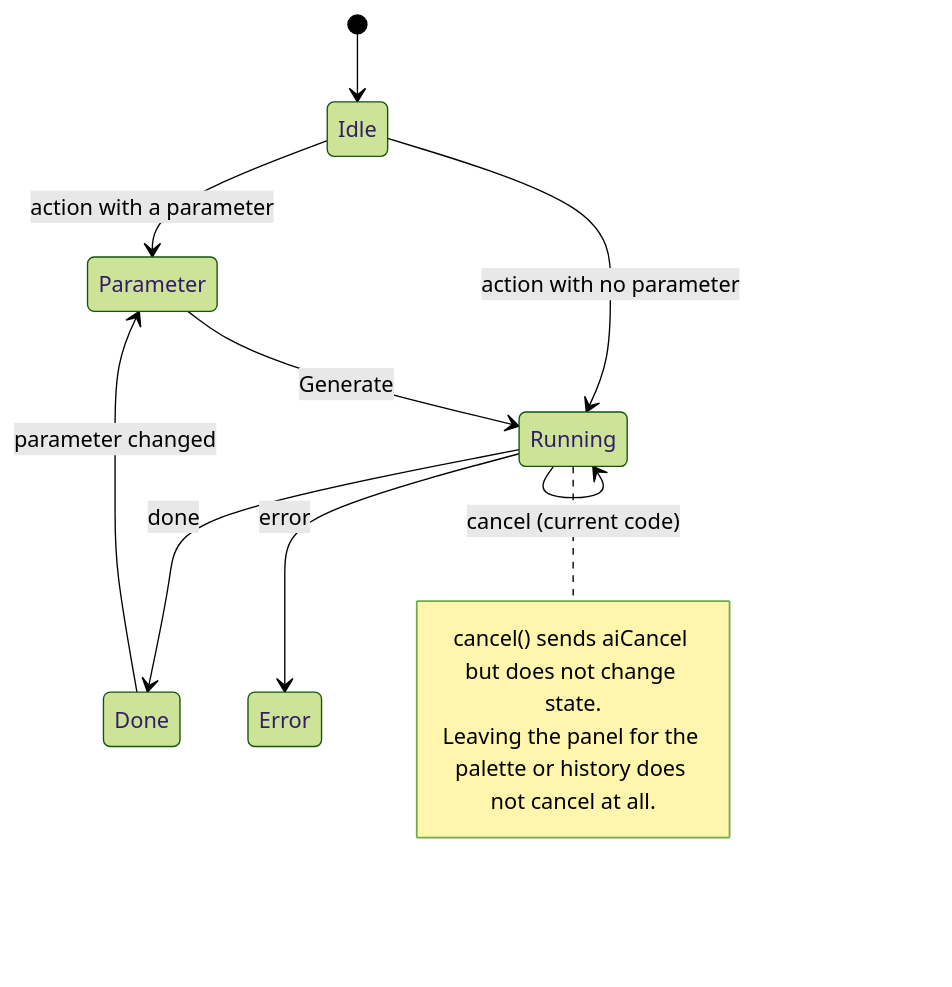
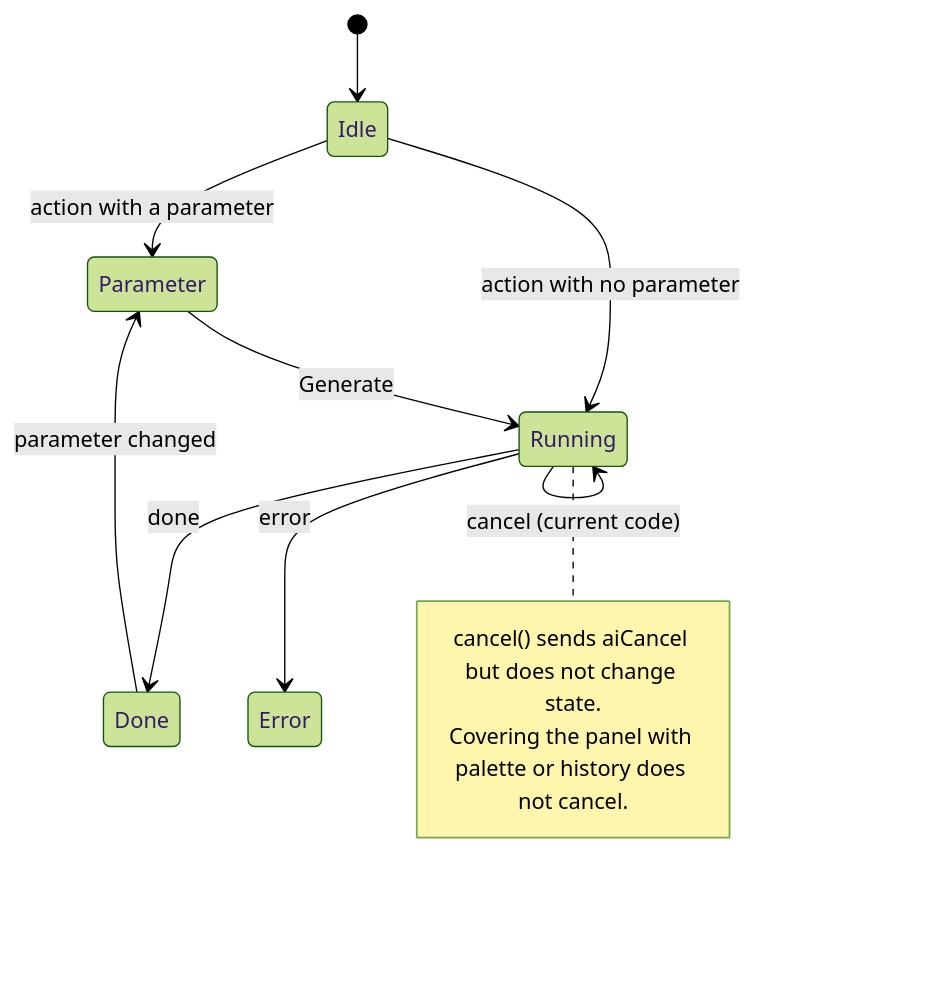
The fifth of 8 diagrams in docs/audits/2026-11-08-implicit-state-machine-audit.md (bgeneto/MDraft), drawn with Mermaid (forest theme) before and after one commit. The commit also changed other lines of this file and 1 other file, not shown here.

````diff
--- a/docs/audits/2026-11-08-implicit-state-machine-audit.md
+++ b/docs/audits/2026-11-08-implicit-state-machine-audit.md
@@ -442,15 +654,15 @@
 ```mermaid
 stateDiagram-v2
     [*] --> Idle
     Idle --> Parameter: action with a parameter
     Idle --> Running: action with no parameter
     Parameter --> Running: Generate
     Running --> Done: done
     Running --> Error: error
     Running --> Running: cancel (current code)
     Done --> Parameter: parameter changed
     note right of Running
       cancel() sends aiCancel but does not change state.
-      Leaving the panel for the palette or history does not cancel at all.
+      Covering the panel with palette or history does not cancel.
     end note
 ```
````
